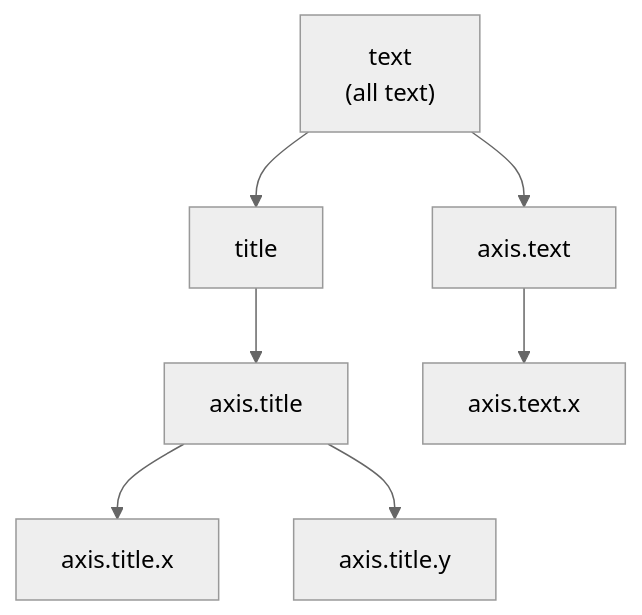
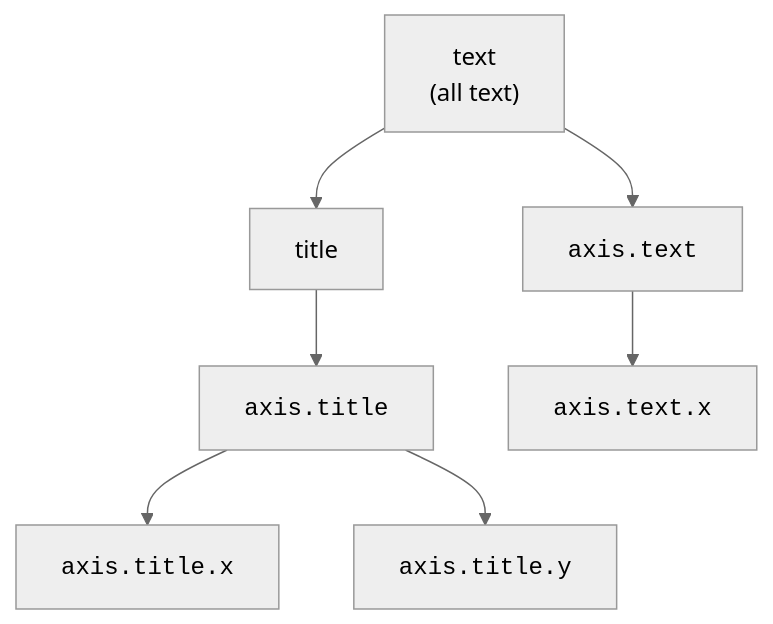
The diagram in content/learn/mastering-ggplot2/themes-and-styling.mdx (dataslope/dataslope), drawn with Mermaid (neutral theme) before and after one commit. The commit also changed 218 other files, not shown here.

First line of the commit message:
Render code-only mermaid shapes in monospace; convert step sequences to Steps (#467)

````diff
--- a/content/learn/mastering-ggplot2/themes-and-styling.mdx
+++ b/content/learn/mastering-ggplot2/themes-and-styling.mdx
@@ -104,9 +104,9 @@
 ```mermaid
 flowchart TD
     TEXT["text<br/>(all text)"] --> TITLE["title"]
-    TEXT --> AXISTXT["axis.text"]
-    TITLE --> AXISTITLE["axis.title"]
-    AXISTITLE --> AXISTITLEX["axis.title.x"]
-    AXISTITLE --> AXISTITLEY["axis.title.y"]
-    AXISTXT --> AXISTXTX["axis.text.x"]
+    TEXT --> AXISTXT["<code>axis.text</code>"]
+    TITLE --> AXISTITLE["<code>axis.title</code>"]
+    AXISTITLE --> AXISTITLEX["<code>axis.title.x</code>"]
+    AXISTITLE --> AXISTITLEY["<code>axis.title.y</code>"]
+    AXISTXT --> AXISTXTX["<code>axis.text.x</code>"]
 ```
````
